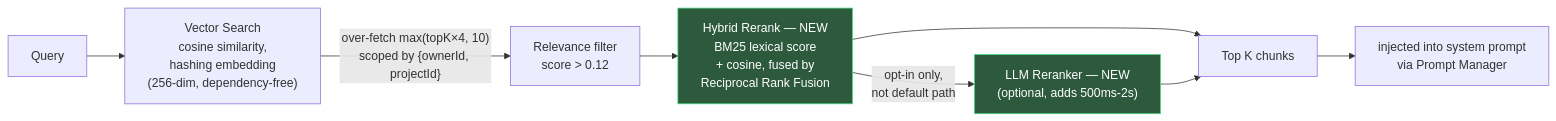
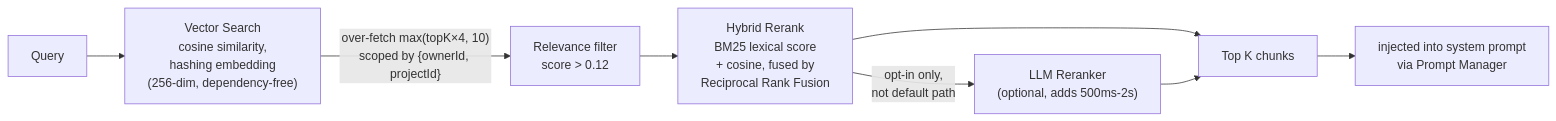
Before and after one commit to Shrikant92Bhatt/chat-bot: the third of 7 diagrams in architecture.md, drawn with Mermaid. The commit also changed other lines of this file and 3 other files, not shown here.

````diff
--- a/architecture.md
+++ b/architecture.md
@@ -107,13 +116,10 @@
 ```mermaid
 flowchart LR
     Q["Query"] --> VS["Vector Search<br/>cosine similarity,<br/>hashing embedding<br/>(256-dim, dependency-free)"]
     VS -->|"over-fetch max(topK×4, 10)<br/>scoped by {ownerId, projectId}"| Filter["Relevance filter<br/>score > 0.12"]
-    Filter --> Fusion["Hybrid Rerank — NEW<br/>BM25 lexical score<br/>+ cosine, fused by<br/>Reciprocal Rank Fusion"]
-    Fusion -->|"opt-in only,<br/>not default path"| LLMRerank["LLM Reranker — NEW<br/>(optional, adds 500ms-2s)"]
+    Filter --> Fusion["Hybrid Rerank<br/>BM25 lexical score<br/>+ cosine, fused by<br/>Reciprocal Rank Fusion"]
+    Fusion -->|"opt-in only,<br/>not default path"| LLMRerank["LLM Reranker<br/>(optional, adds 500ms-2s)"]
     Fusion --> TopK["Top K chunks"]
     LLMRerank --> TopK
     TopK --> Prompt["injected into system prompt<br/>via Prompt Manager"]
-
-    classDef new fill:#2d5a3d,stroke:#4ade80,color:#fff
-    class Fusion,LLMRerank new
 ```
````
